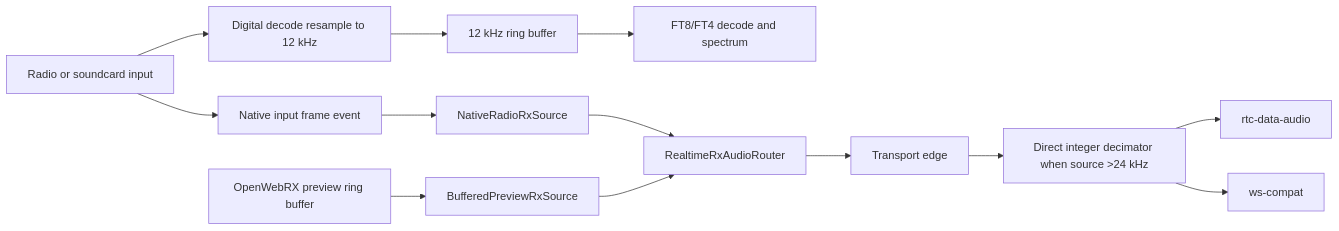
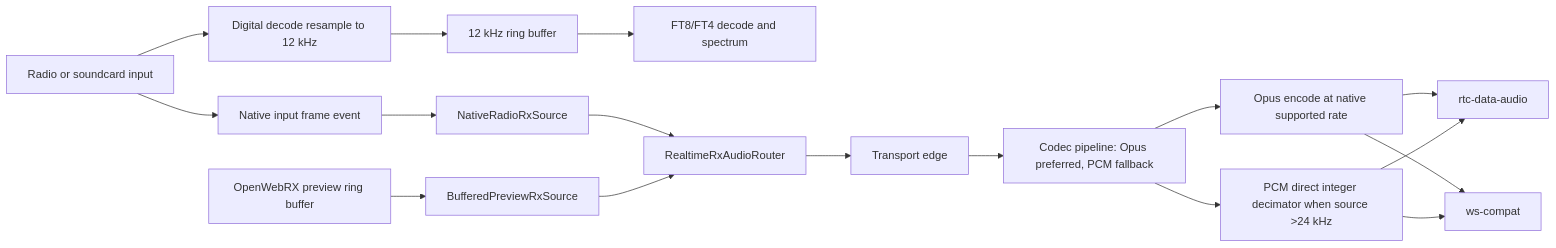
Before and after one commit to boybook/tx-5dr: the first of 3 diagrams in docs/realtime-audio-architecture.md, drawn with Mermaid. The commit also changed other lines of this file and 37 other files, not shown here.

Commit message:
feat: add negotiated Opus realtime audio

````diff
--- a/docs/realtime-audio-architecture.md
+++ b/docs/realtime-audio-architecture.md
@@ -7,15 +7,19 @@
 ```mermaid
 flowchart LR
   Input["Radio or soundcard input"] --> Native["Native input frame event"]
   Input --> DigitalResample["Digital decode resample to 12 kHz"]
   DigitalResample --> Ring["12 kHz ring buffer"]
   Ring --> Decode["FT8/FT4 decode and spectrum"]
   Native --> Radio["NativeRadioRxSource"]
   Radio --> Router["RealtimeRxAudioRouter"]
   OpenWebRX["OpenWebRX preview ring buffer"] --> Buffered["BufferedPreviewRxSource"]
   Buffered --> Router
   Router --> Edge["Transport edge"]
-  Edge --> Decimate["Direct integer decimator when source >24 kHz"]
-  Decimate --> RTC["rtc-data-audio"]
-  Decimate --> WS["ws-compat"]
+  Edge --> Codec["Codec pipeline: Opus preferred, PCM fallback"]
+  Codec --> Opus["Opus encode at native supported rate"]
+  Codec --> Decimate["PCM direct integer decimator when source >24 kHz"]
+  Opus --> RTC["rtc-data-audio"]
+  Opus --> WS["ws-compat"]
+  Decimate --> RTC
+  Decimate --> WS
 ```
````
